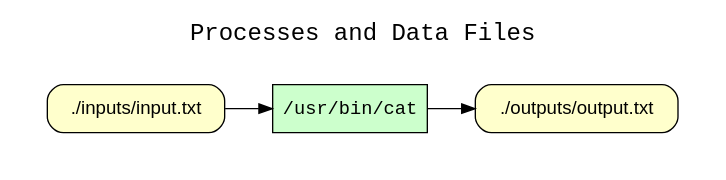
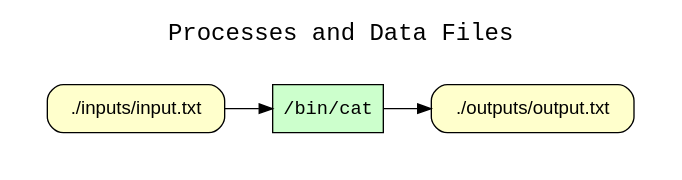
Before and after one commit to CIRSS/cpr-demo-2021: the diagram in examples/01-xsb-examples/05-cat-file-to-file/graphs.d/cpr_processes_and_data_files.dot, drawn with Graphviz. The commit also changed 69 other files, not shown here.

```diff
--- a/examples/01-xsb-examples/05-cat-file-to-file/graphs.d/cpr_processes_and_data_files.dot
+++ b/examples/01-xsb-examples/05-cat-file-to-file/graphs.d/cpr_processes_and_data_files.dot
@@ -1,16 +1,16 @@
 
 digraph cpr_run {
 rankdir=LR
 fontname=Courier; fontsize=18; labelloc=t
 label="Processes and Data Files"
 subgraph cluster_inputs { label=""; color=white; penwidth=0
 subgraph cluster_inputs_inner { label=""; color=white
 node[shape=box style="filled" fillcolor="#CCFFCC" peripheries=1 fontname=Courier]
-"exe:e2" [label="/usr/bin/cat"]
+"exe:e2" [label="/bin/cat"]
 node[shape=box style="rounded,filled" fillcolor="#FFFFCC" peripheries=1 fontname=Helvetica]
-"access:i14" [label="./inputs/input.txt"]
+"access:i15" [label="./inputs/input.txt"]
 "access:i8" [label="./outputs/output.txt"]
 "exe:e2" -> "access:i8"
-"access:i14" -> "exe:e2"
+"access:i15" -> "exe:e2"
 }}
 }
```
